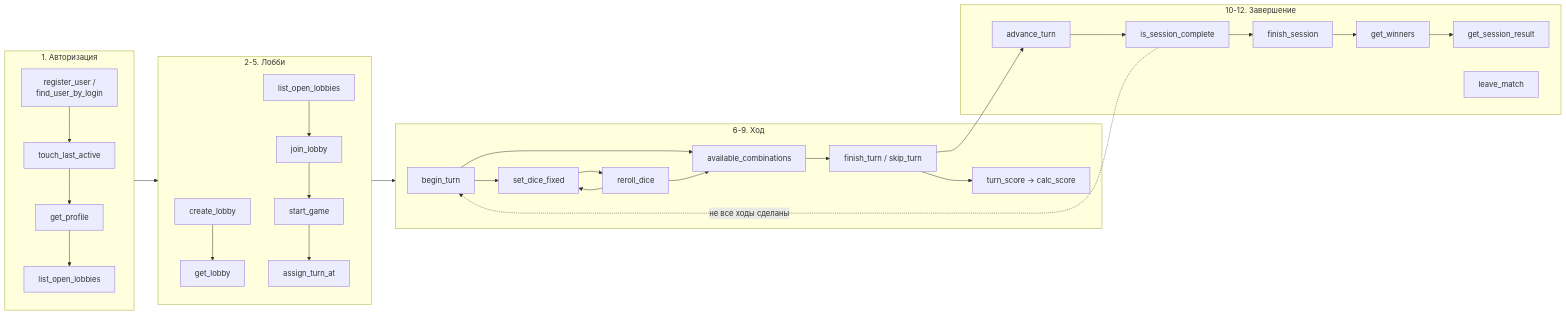
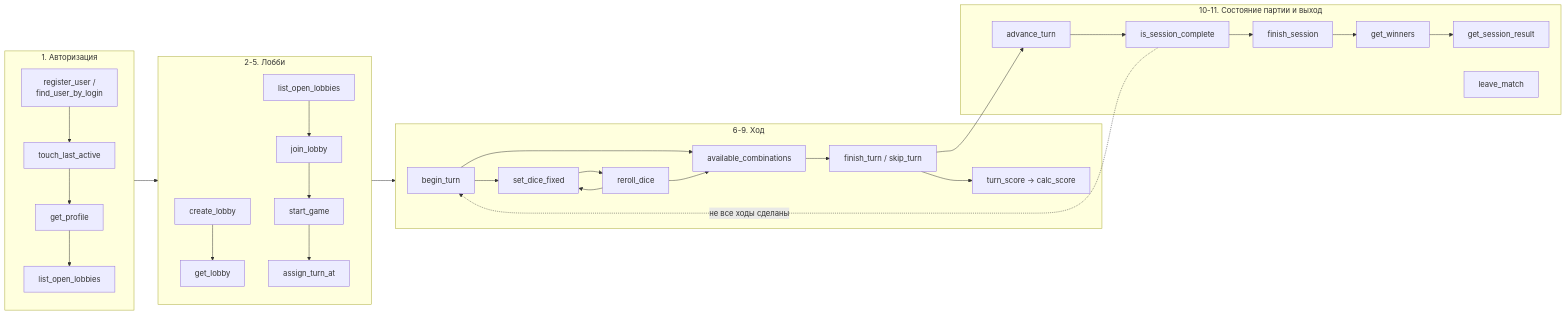
One commit to seventwogth/databases-itmo changed the third of 3 diagrams in docs/sql-functions.md. Above: the diagram before and after it, drawn with Mermaid. The commit also changed other lines of this file and 1 other file, not shown here.

````diff
--- a/docs/sql-functions.md
+++ b/docs/sql-functions.md
@@ -175,38 +175,38 @@
 ```mermaid
 flowchart LR
     subgraph auth["1. Авторизация"]
         A1["register_user /<br/>find_user_by_login"] --> A2["touch_last_active"]
         A2 --> A3["get_profile"]
         A3 --> A4["list_open_lobbies"]
     end
 
     subgraph lobby["2-5. Лобби"]
         L1["create_lobby"] --> L2["get_lobby"]
         L3["list_open_lobbies"] --> L4["join_lobby"]
         L4 --> L5["start_game"]
         L5 --> L6["assign_turn_at"]
     end
 
     subgraph turn["6-9. Ход"]
         T1["begin_turn"] --> T2["set_dice_fixed"]
         T2 --> T3["reroll_dice"]
         T3 --> T2
         T1 --> T4["available_combinations"]
         T3 --> T4
         T4 --> T5["finish_turn / skip_turn"]
         T5 --> T6["turn_score → calc_score"]
     end
 
-    subgraph fin["10-12. Завершение"]
+    subgraph fin["10-11. Состояние партии и выход"]
         F1["advance_turn"] --> F2["is_session_complete"]
         F2 --> F3["finish_session"]
         F3 --> F4["get_winners"]
         F4 --> F5["get_session_result"]
         F6["leave_match"]
     end
 
     auth --> lobby
     lobby --> turn
     T5 --> F1
     F2 -. "не все ходы сделаны" .-> T1
 ```
````
